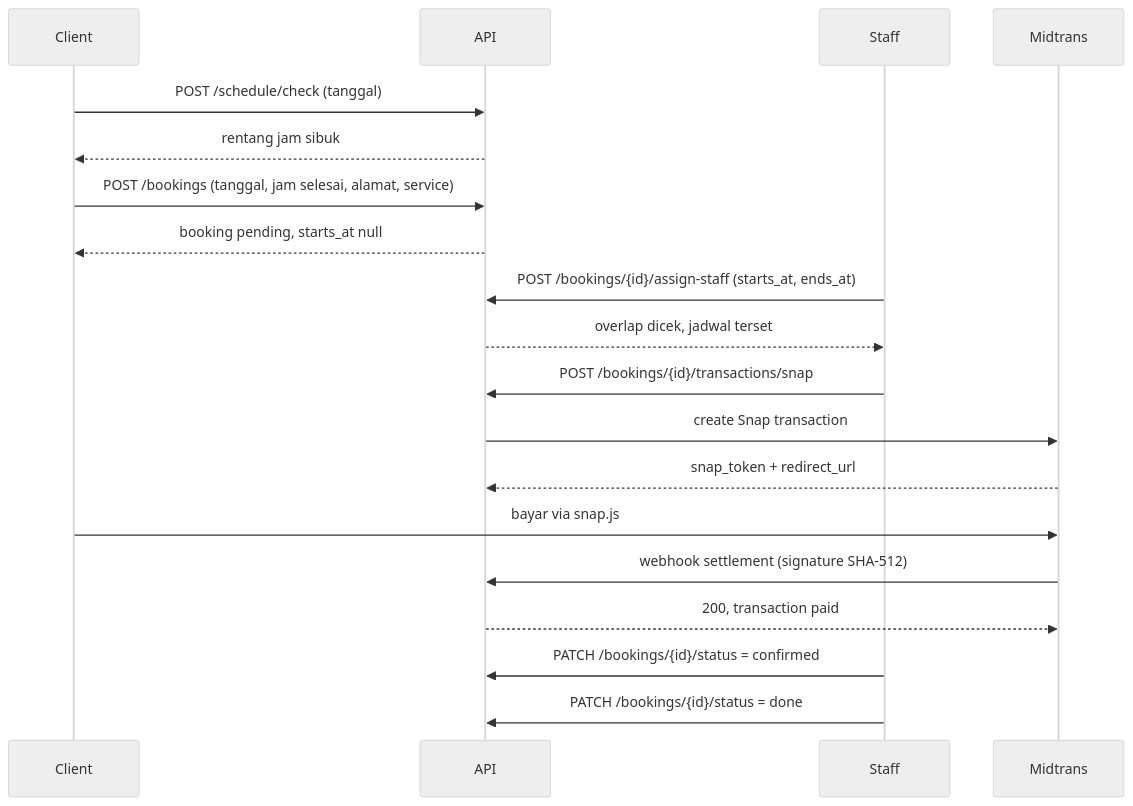
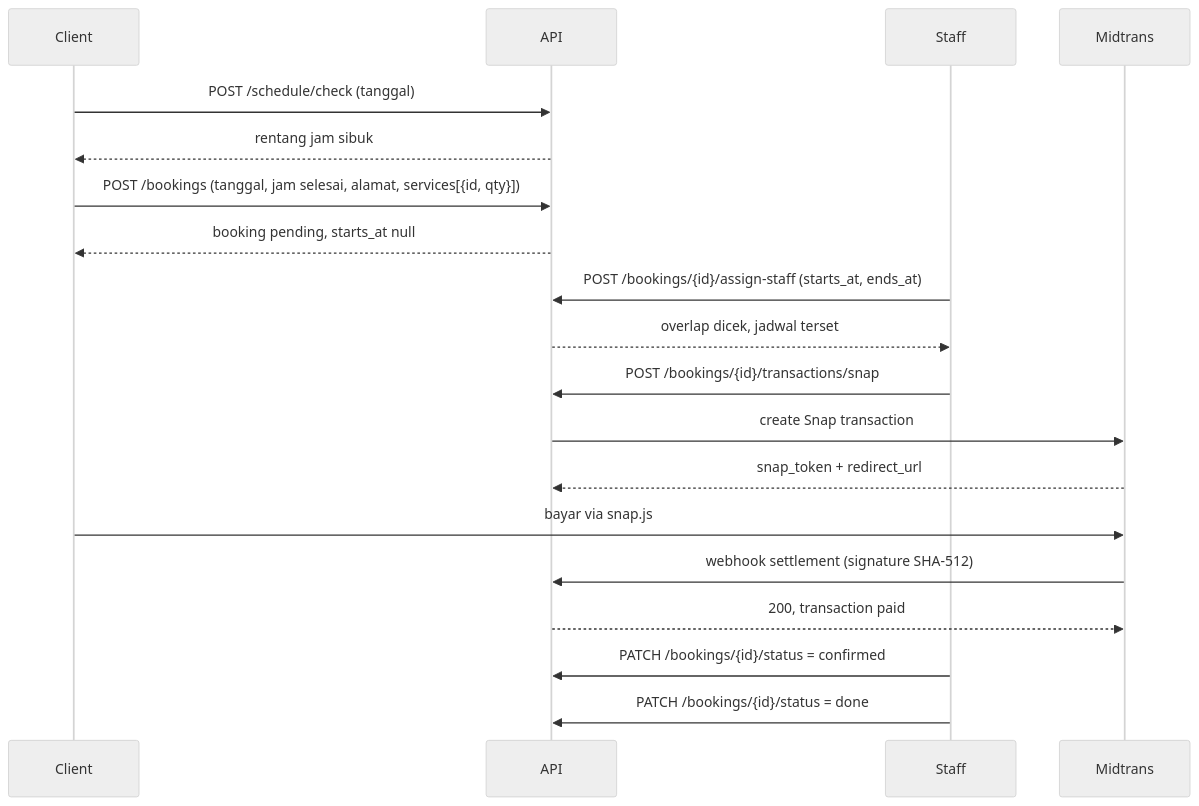
The diagram in README.md (AzerothGT/SimpleBookingMUA), drawn with Mermaid (neutral theme) before and after one commit. The commit also changed other lines of this file and 26 other files, not shown here.

Commit message:
feat: implement quantity per service booking flow

````diff
--- a/README.md
+++ b/README.md
@@ -179,22 +181,22 @@
 ```mermaid
 sequenceDiagram
     participant C as Client
     participant A as API
     participant S as Staff
     participant M as Midtrans
 
     C->>A: POST /schedule/check (tanggal)
     A-->>C: rentang jam sibuk
-    C->>A: POST /bookings (tanggal, jam selesai, alamat, service)
+    C->>A: POST /bookings (tanggal, jam selesai, alamat, services[{id, qty}])
     A-->>C: booking pending, starts_at null
     S->>A: POST /bookings/{id}/assign-staff (starts_at, ends_at)
     A-->>S: overlap dicek, jadwal terset
     S->>A: POST /bookings/{id}/transactions/snap
     A->>M: create Snap transaction
     M-->>A: snap_token + redirect_url
     C->>M: bayar via snap.js
     M->>A: webhook settlement (signature SHA-512)
     A-->>M: 200, transaction paid
     S->>A: PATCH /bookings/{id}/status = confirmed
     S->>A: PATCH /bookings/{id}/status = done
 ```
````
